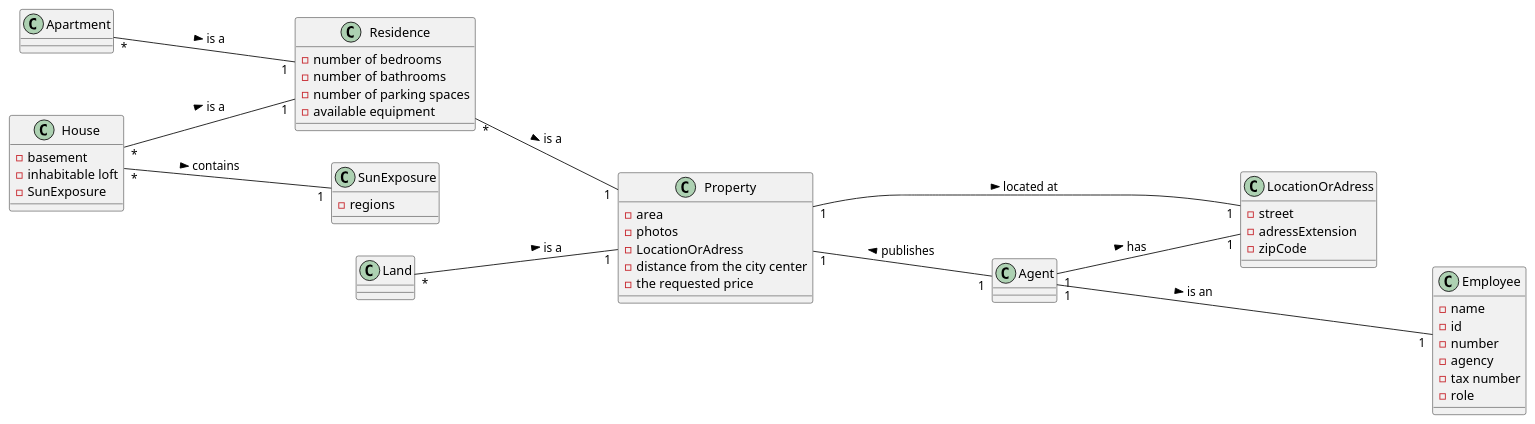
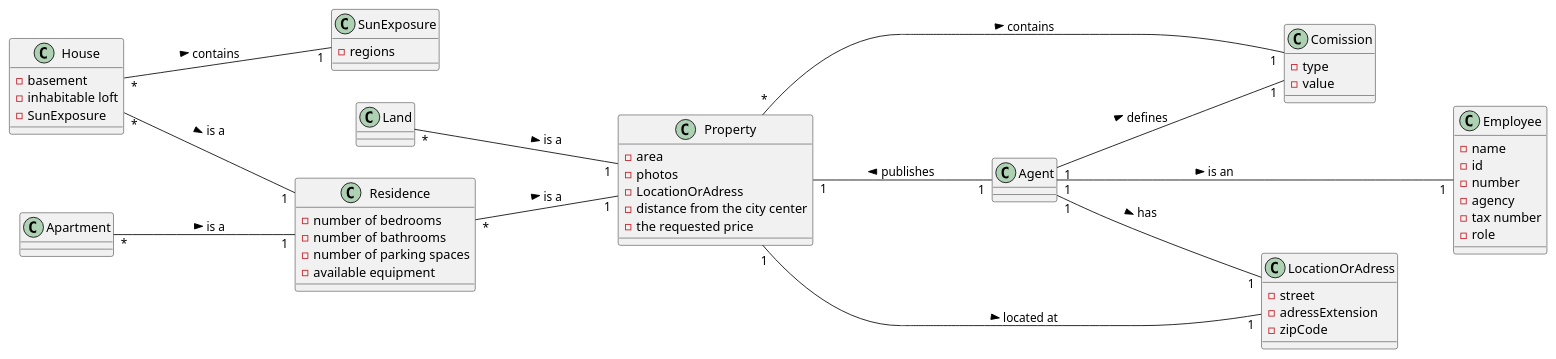
Before and after one commit to PureNimble/ISEP-LAPR2: the diagram in docs/sprintA/US02/02.analysis/puml/us02-domain-model.puml, drawn with PlantUML.

Commit message:
us02-domain-model - correction with the comission

```diff
--- a/docs/sprintA/US02/02.analysis/puml/us02-domain-model.puml
+++ b/docs/sprintA/US02/02.analysis/puml/us02-domain-model.puml
@@ -1,86 +1,95 @@
 @startuml
 
 left to right direction
 
 class Property
 
 class Apartment
+
+class Comission
 
 class House
 
 class Residence
 
 class LocationOrAdress
 
 class Land
 
 class Agent
 
 class SunExposure
 
 class Employee
 
 
 class Agent {
 }
 
 class Residence{
     -number of bedrooms
     - number of bathrooms
     - number of parking spaces
     - available equipment
  }
 
 
 class Property {
     - area
     - photos
     - LocationOrAdress
     - distance from the city center
     - the requested price
 }
 
 class Apartment {
 }
 
 class House {
     - basement
     - inhabitable loft
     - SunExposure
 }
 
 class Land {
 
 }
 
 class SunExposure {
     - regions
 }
 
 class LocationOrAdress {
     -street
     -adressExtension
     -zipCode
 }
 
 class Employee{
     -name
     -id
     -number
     -agency
     -tax number
     -role
 }
 
+class Comission{
+    -type
+    -value
+}
+
 Property "1" --- "1" Agent: publishes <
 Land "*" --- "1" Property: is a >
 Residence "*" --- "1" Property: is a >
 House "*" --- "1" SunExposure : contains >
 Property "1" --- "1" LocationOrAdress : located at >
 Agent "1" --- "1" LocationOrAdress : has >
 Apartment "*" --- "1" Residence : is a >
 House "*" --- "1" Residence : is a >
 Agent"1" ---- "1" Employee : is an >
+Agent "1" --- "1" Comission : defines >
+Property "*" --- "1" Comission : contains >
 
 
 @enduml
```
